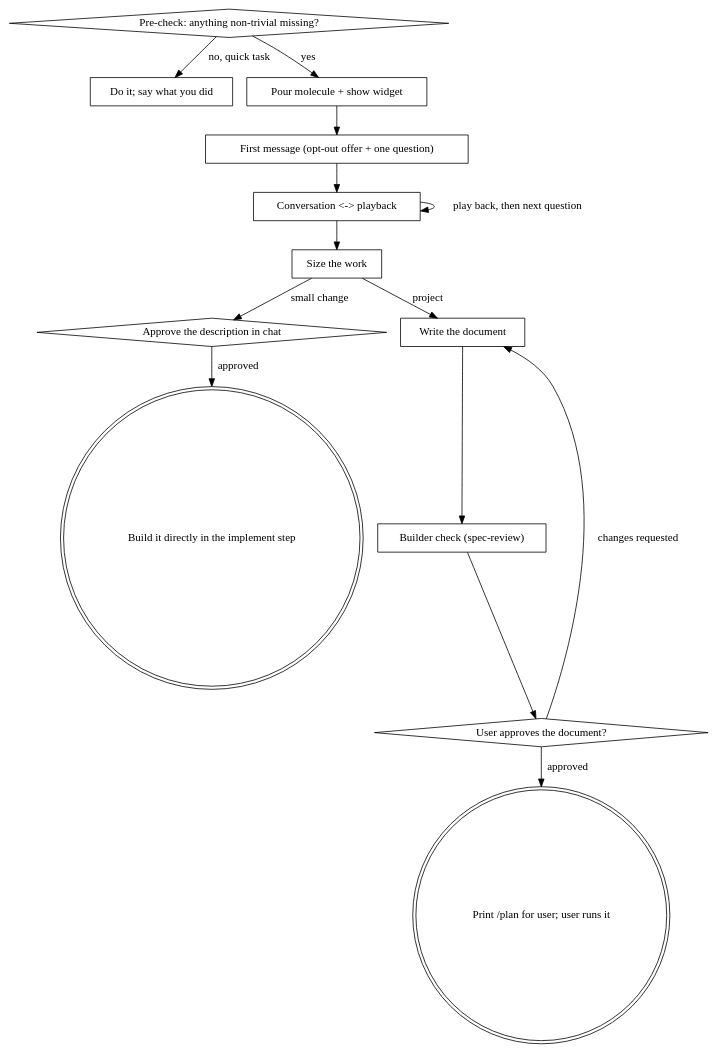
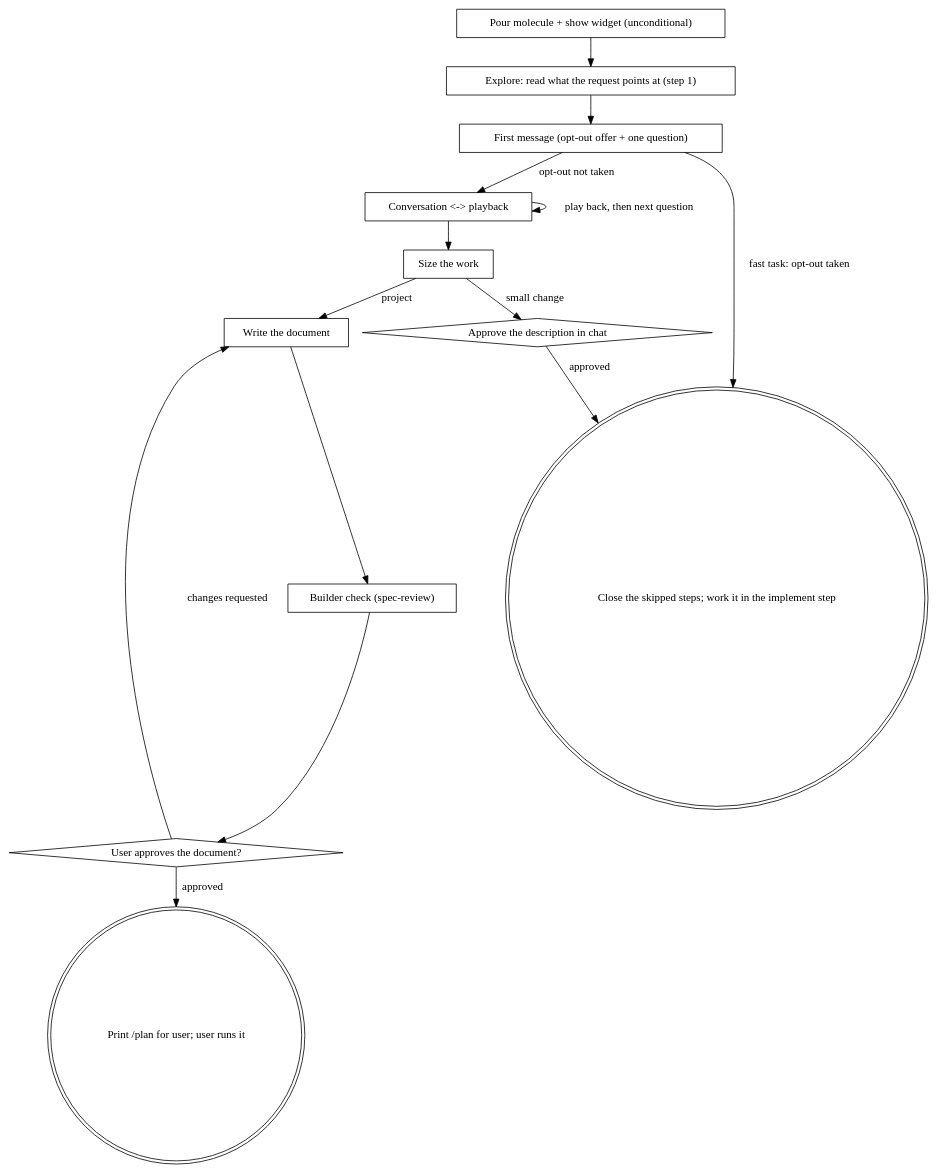
Before and after one commit to johnstegeman/pi-packages: the diagram in packages/pi-superpowers-plus/skills/brainstorming/reference/process-flow.md, drawn with Graphviz. The commit also changed other lines of this file and 3 other files, not shown here.

Commit message:
docs(superpowers): mirror the unconditional pour in the reference material

````diff
--- a/packages/pi-superpowers-plus/skills/brainstorming/reference/process-flow.md
+++ b/packages/pi-superpowers-plus/skills/brainstorming/reference/process-flow.md
@@ -3,30 +3,29 @@
 ```dot
 digraph brainstorming {
-    "Pre-check: anything non-trivial missing?" [shape=diamond];
-    "Do it; say what you did" [shape=box];
-    "Pour molecule + show widget" [shape=box];
+    "Pour molecule + show widget (unconditional)" [shape=box];
+    "Explore: read what the request points at (step 1)" [shape=box];
     "First message (opt-out offer + one question)" [shape=box];
     "Conversation <-> playback" [shape=box];
     "Size the work" [shape=box];
     "Approve the description in chat" [shape=diamond];
+    "Close the skipped steps; work it in the implement step" [shape=doublecircle];
     "Write the document" [shape=box];
     "Builder check (spec-review)" [shape=box];
     "User approves the document?" [shape=diamond];
     "Print /plan for user; user runs it" [shape=doublecircle];
-    "Build it directly in the implement step" [shape=doublecircle];
 
-    "Pre-check: anything non-trivial missing?" -> "Do it; say what you did" [label="no, quick task"];
-    "Pre-check: anything non-trivial missing?" -> "Pour molecule + show widget" [label="yes"];
-    "Pour molecule + show widget" -> "First message (opt-out offer + one question)";
-    "First message (opt-out offer + one question)" -> "Conversation <-> playback";
+    "Pour molecule + show widget (unconditional)" -> "Explore: read what the request points at (step 1)";
+    "Explore: read what the request points at (step 1)" -> "First message (opt-out offer + one question)";
+    "First message (opt-out offer + one question)" -> "Conversation <-> playback" [label="opt-out not taken"];
+    "First message (opt-out offer + one question)" -> "Close the skipped steps; work it in the implement step" [label="fast task: opt-out taken"];
     "Conversation <-> playback" -> "Conversation <-> playback" [label="play back, then next question"];
     "Conversation <-> playback" -> "Size the work";
     "Size the work" -> "Approve the description in chat" [label="small change"];
     "Size the work" -> "Write the document" [label="project"];
-    "Approve the description in chat" -> "Build it directly in the implement step" [label="approved"];
+    "Approve the description in chat" -> "Close the skipped steps; work it in the implement step" [label="approved"];
     "Write the document" -> "Builder check (spec-review)";
     "Builder check (spec-review)" -> "User approves the document?";
     "User approves the document?" -> "Write the document" [label="changes requested"];
     "User approves the document?" -> "Print /plan for user; user runs it" [label="approved"];
 }
 ```
````
